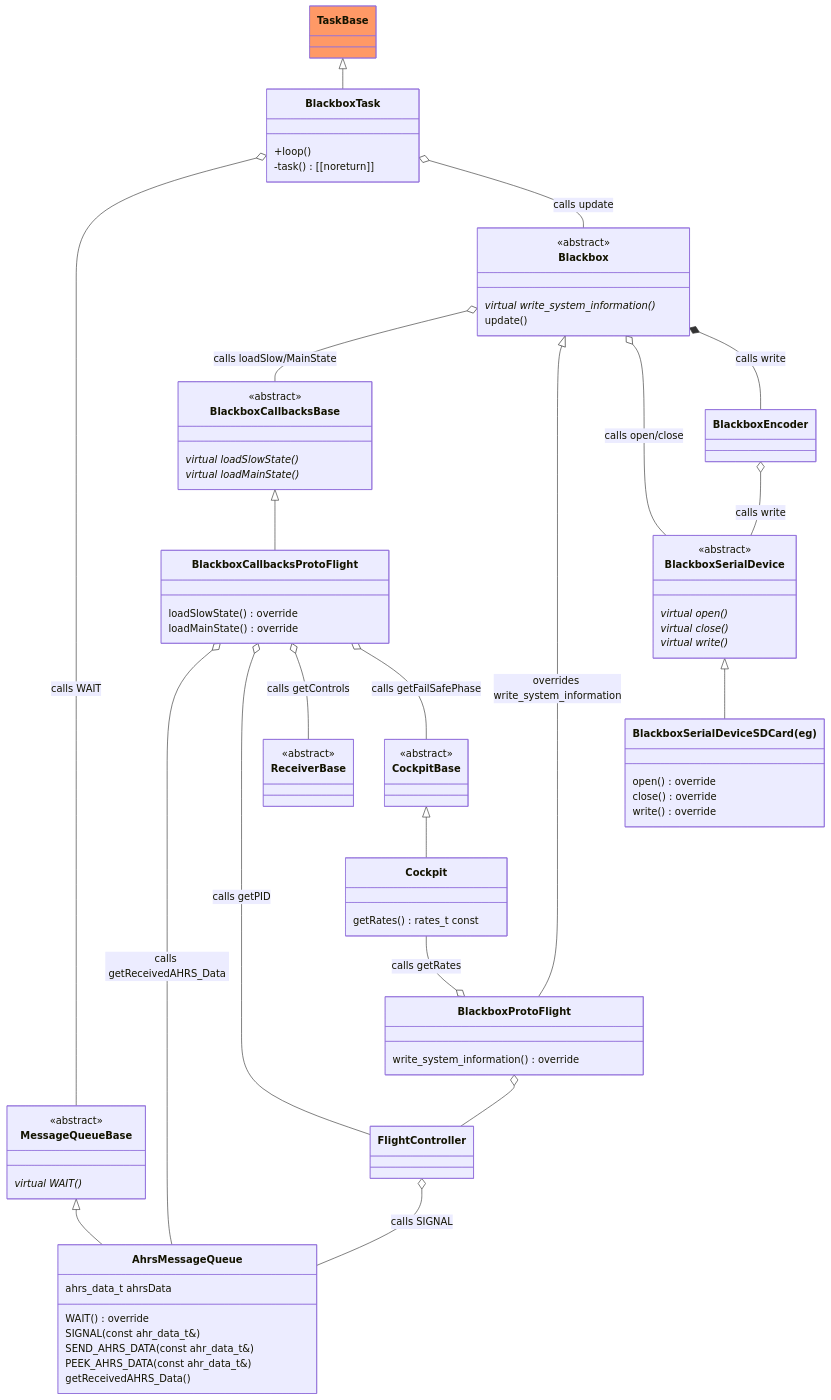
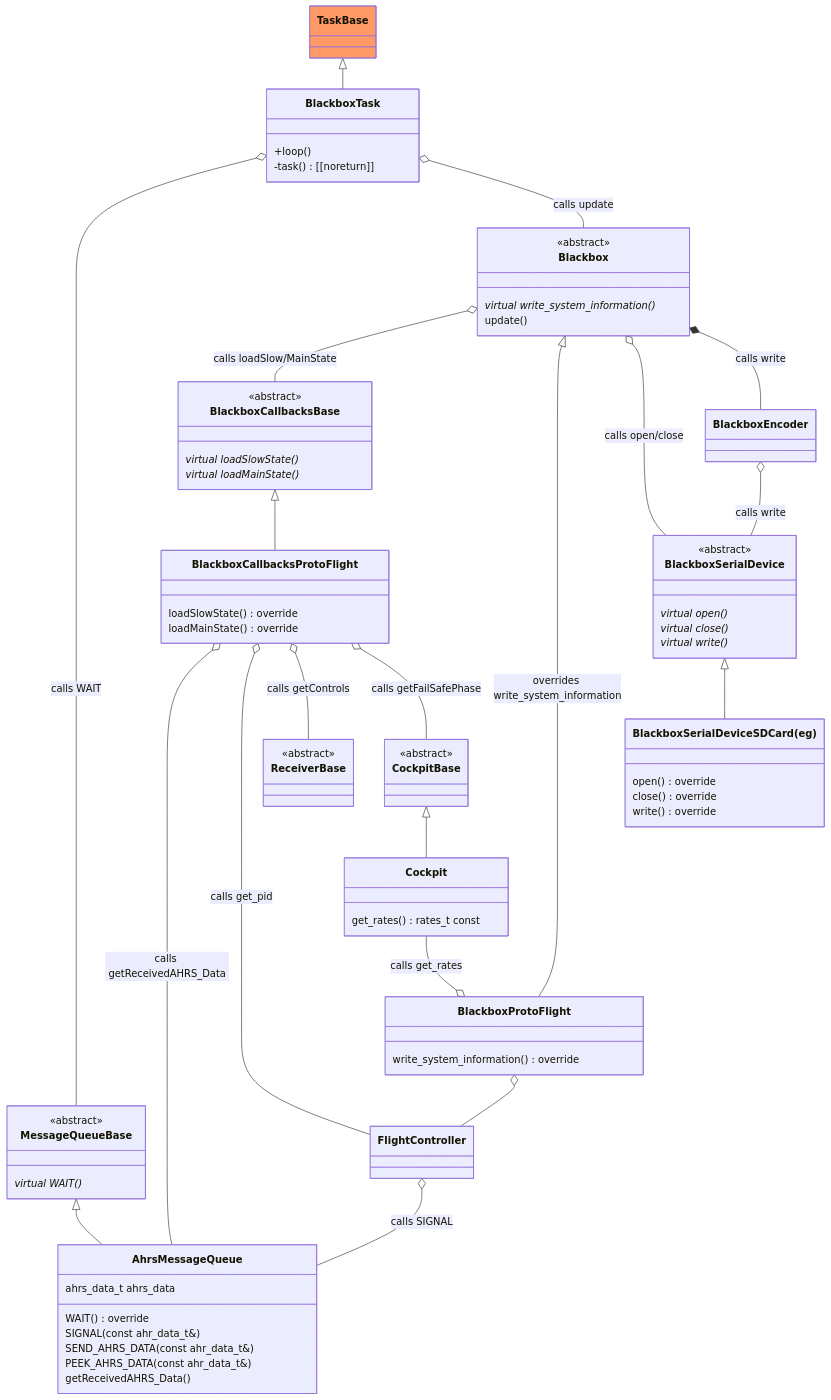
The second of 5 diagrams in README.md (martinbudden/Protoflight), drawn with Mermaid before and after one commit. The commit also changed other lines of this file and 275 other files, not shown here.

```diff
--- a/README.md
+++ b/README.md
@@ -555,7 +555,7 @@
     }
     link MessageQueueBase "https://github.com/martinbudden/Library-TaskBase/blob/main/src/MessageQueueBase.h"
     class AhrsMessageQueue {
-        ahrs_data_t ahrsData
+        ahrs_data_t ahrs_data
         WAIT() override
         SIGNAL(const ahr_data_t&)
         SEND_AHRS_DATA(const ahr_data_t&)
@@ -569,9 +569,9 @@
     link CockpitBase "https://github.com/martinbudden/Library-Receiver/blob/main/src/CockpitBase.h"
     CockpitBase <|-- Cockpit
     class Cockpit {
-        getRates() rates_t  const
+        get_rates() rates_t  const
     }
-    link Cockpit "https://github.com/martinbudden/protoflight/blob/main/lib/Helm/src/Cockpit.h"
+    link Cockpit "https://github.com/martinbudden/protoflight/blob/main/lib/Helm/src/cockpit.h"
 
     %%Blackbox <|-- BlackboxProtoFlight
     class BlackboxProtoFlight {
@@ -606,11 +606,11 @@
 
     class FlightController {
     }
-    link FlightController "https://github.com/martinbudden/protoflight/blob/main/lib/FlightController/src/FlightController.h"
+    link FlightController "https://github.com/martinbudden/protoflight/blob/main/lib/FlightController/src/flight_controller.h"
     FlightController o-- AhrsMessageQueue : calls SIGNAL
     BlackboxCallbacksProtoFlight o-- AhrsMessageQueue : calls getReceivedAHRS_Data
     MessageQueueBase <|-- AhrsMessageQueue
-    BlackboxCallbacksProtoFlight o-- FlightController : calls getPID
+    BlackboxCallbacksProtoFlight o-- FlightController : calls get_pid
     BlackboxCallbacksProtoFlight o-- ReceiverBase : calls getControls
     BlackboxCallbacksProtoFlight o-- CockpitBase : calls getFailSafePhase
     %%FlightController --o BlackboxCallbacksProtoFlight
@@ -620,8 +620,8 @@
     %%FlightController --o BlackboxProtoFlight
     %%Blackbox --o FlightController
     BlackboxProtoFlight o-- FlightController
-    Cockpit --o BlackboxProtoFlight : calls getRates
-    %%BlackboxProtoFlight o-- Cockpit : calls getRates
+    Cockpit --o BlackboxProtoFlight : calls get_rates
+    %%BlackboxProtoFlight o-- Cockpit : calls get_rates
 
     class BlackboxSerialDevice {
         <<abstract>>
```
